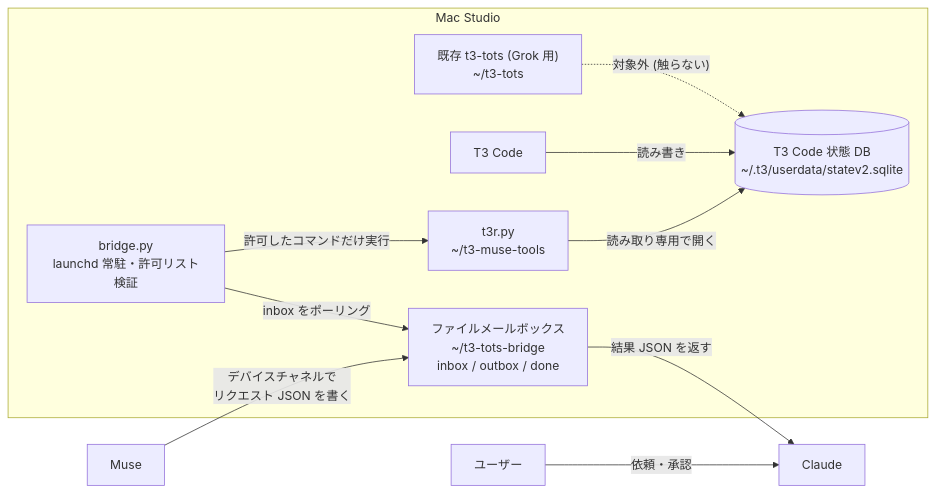
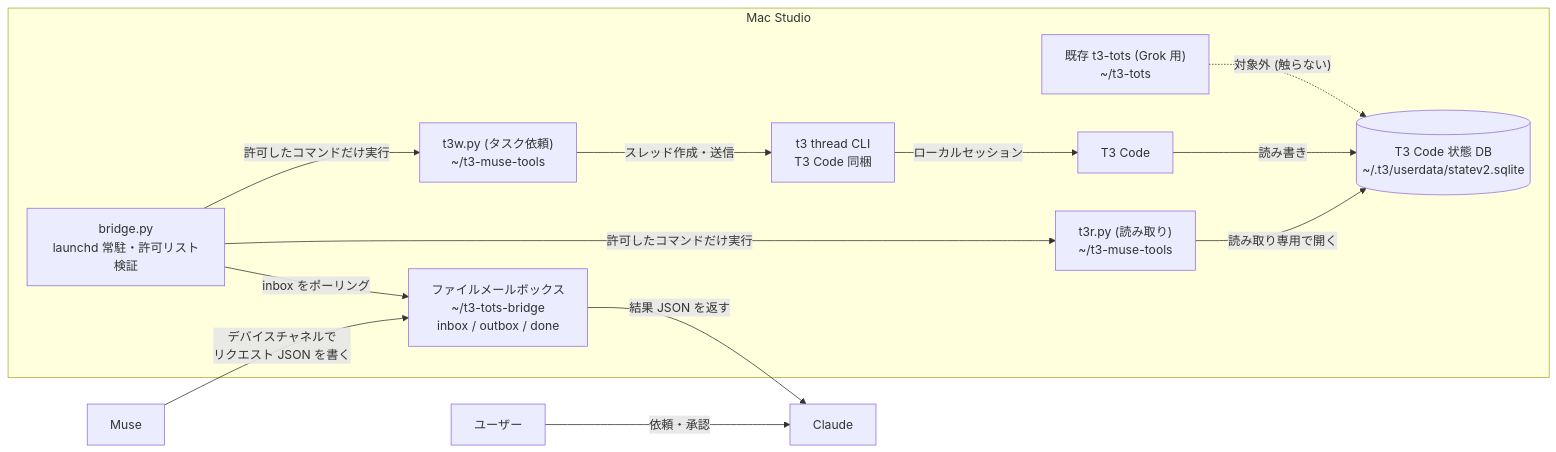
The diagram in README.md (mzkmnk-labs/t3-muse), drawn with Mermaid before and after one commit. The commit also changed other lines of this file and 6 other files, not shown here.

Commit message:
Add t3w: task requests to T3 via the bundled t3 thread CLI (#7)

````diff
--- a/README.md
+++ b/README.md
@@ -8,21 +8,26 @@
 ```mermaid
 flowchart LR
     User["ユーザー"]
     Muse["Muse"]
     subgraph Mac["Mac Studio"]
         Mailbox["ファイルメールボックス<br/>~/t3-tots-bridge<br/>inbox / outbox / done"]
         Bridge["bridge.py<br/>launchd 常駐・許可リスト検証"]
-        Reader["t3r.py<br/>~/t3-muse-tools"]
+        Reader["t3r.py (読み取り)<br/>~/t3-muse-tools"]
+        Writer["t3w.py (タスク依頼)<br/>~/t3-muse-tools"]
+        T3CLI["t3 thread CLI<br/>T3 Code 同梱"]
         DB[("T3 Code 状態 DB<br/>~/.t3/userdata/statev2.sqlite")]
         T3["T3 Code"]
         Legacy["既存 t3-tots (Grok 用)<br/>~/t3-tots"]
     end
     User -->|"依頼・承認"| Claude
     Muse -->|"デバイスチャネルで<br/>リクエスト JSON を書く"| Mailbox
     Mailbox -->|"結果 JSON を返す"| Claude
     Bridge -->|"inbox をポーリング"| Mailbox
     Bridge -->|"許可したコマンドだけ実行"| Reader
+    Bridge -->|"許可したコマンドだけ実行"| Writer
     Reader -->|"読み取り専用で開く"| DB
+    Writer -->|"スレッド作成・送信"| T3CLI
+    T3CLI -->|"ローカルセッション"| T3
     T3 -->|"読み書き"| DB
     Legacy -.->|"対象外 (触らない)"| DB
 ```
````
